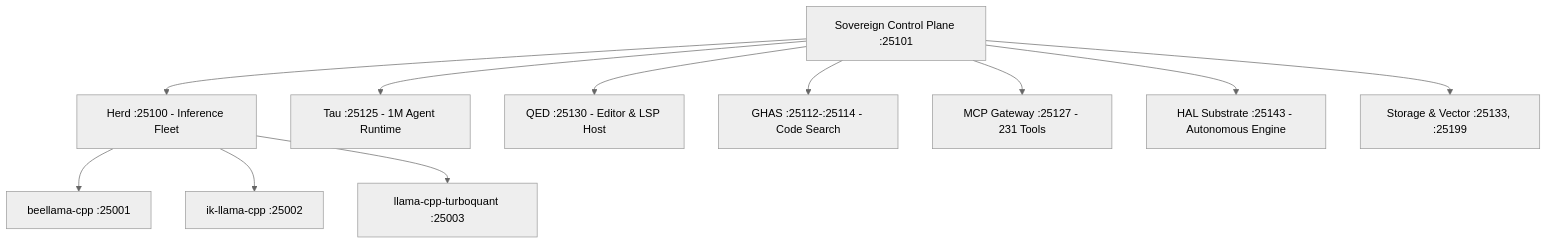
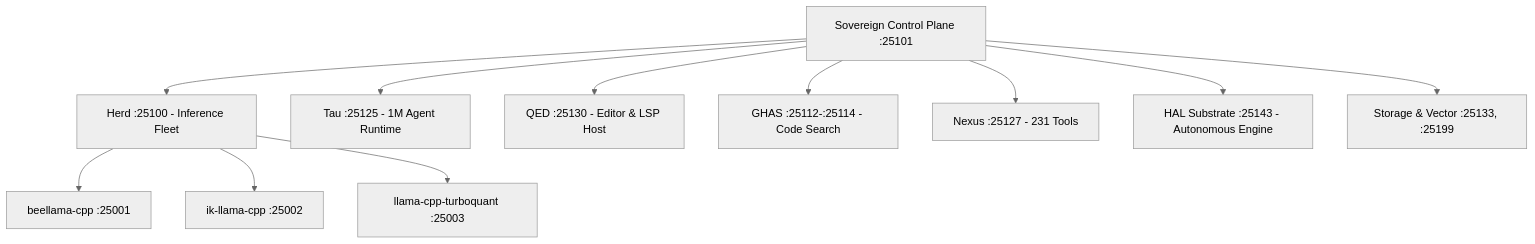
Before and after one commit to toxicwind/sovereign: the diagram in README.md, drawn with Mermaid (neutral theme). The commit also changed other lines of this file and 28 other files, not shown here.

````diff
--- a/README.md
+++ b/README.md
@@ -12,14 +12,14 @@
 ```mermaid
 graph TD
     A[Sovereign Control Plane :25101] --> B[Herd :25100 - Inference Fleet]
     A --> C[Tau :25125 - 1M Agent Runtime]
     A --> D[QED :25130 - Editor & LSP Host]
     A --> E[GHAS :25112-:25114 - Code Search]
-    A --> F[MCP Gateway :25127 - 231 Tools]
+    A --> F[Nexus :25127 - 231 Tools]
     A --> G[HAL Substrate :25143 - Autonomous Engine]
     A --> H[Storage & Vector :25133, :25199]
     
     B --> I[beellama-cpp :25001]
     B --> J[ik-llama-cpp :25002]
     B --> K[llama-cpp-turboquant :25003]
 ```
````
